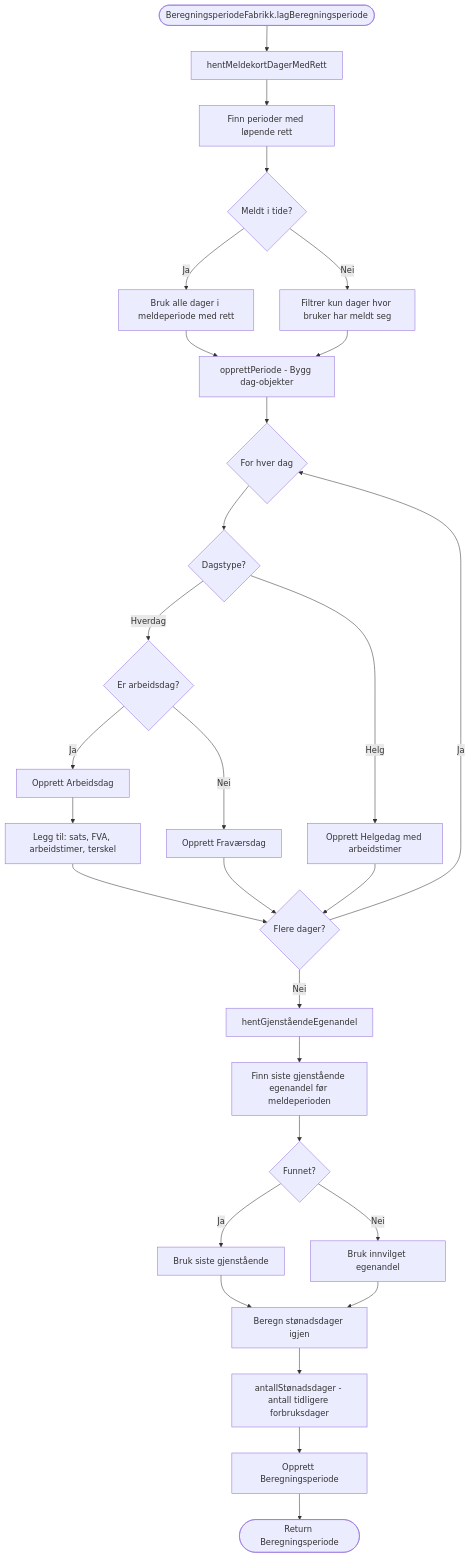
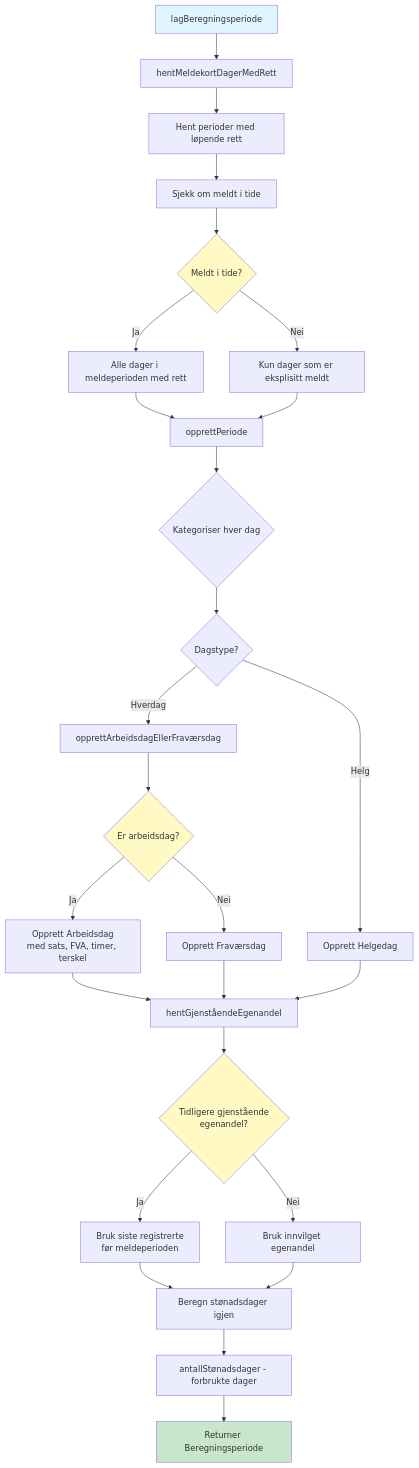
One commit to navikt/dp-behandling changed the third of 9 diagrams in docs/beregning-meldekort-flyt.md. Above: the diagram before and after it, drawn with Mermaid. The commit also changed other lines of this file and 1 other file, not shown here.

````diff
--- a/docs/beregning-meldekort-flyt.md
+++ b/docs/beregning-meldekort-flyt.md
@@ -35,42 +99,45 @@
 ```mermaid
 flowchart TD
-    Fabrikk([BeregningsperiodeFabrikk.lagBeregningsperiode]) --> HentDager[hentMeldekortDagerMedRett]
+    START[lagBeregningsperiode] --> A[hentMeldekortDagerMedRett]
     
-    HentDager --> FindRettPerioder[Finn perioder med løpende rett]
-    FindRettPerioder --> CheckMeldtITide{Meldt i tide?}
+    A --> A1[Hent perioder med løpende rett]
+    A1 --> A2[Sjekk om meldt i tide]
     
-    CheckMeldtITide -->|Ja| AlleDager[Bruk alle dager i meldeperiode med rett]
-    CheckMeldtITide -->|Nei| FilterMeldt[Filtrer kun dager hvor bruker har meldt seg]
+    A2 --> A3{Meldt i tide?}
+    A3 -->|Ja| A4[Alle dager i meldeperioden med rett]
+    A3 -->|Nei| A5[Kun dager som er eksplisitt meldt]
     
-    AlleDager --> OpprettPeriode
-    FilterMeldt --> OpprettPeriode[opprettPeriode - Bygg dag-objekter]
+    A4 --> B[opprettPeriode]
+    A5 --> B
     
-    OpprettPeriode --> LoopDager{For hver dag}
-    LoopDager --> CheckDagtype{Dagstype?}
+    B --> B1{Kategoriser hver dag}
     
-    CheckDagtype -->|Hverdag| CheckArbeidsdag{Er arbeidsdag?}
-    CheckDagtype -->|Helg| CreateHelgedag[Opprett Helgedag med arbeidstimer]
+    B1 --> B2{Dagstype?}
+    B2 -->|Hverdag| B3[opprettArbeidsdagEllerFraværsdag]
+    B2 -->|Helg| B4[Opprett Helgedag]
     
-    CheckArbeidsdag -->|Ja| CreateArbeidsdag[Opprett Arbeidsdag]
-    CheckArbeidsdag -->|Nei| CreateFravarsdag[Opprett Fraværsdag]
+    B3 --> B5{Er arbeidsdag?}
+    B5 -->|Ja| B6[Opprett Arbeidsdag<br/>med sats, FVA, timer, terskel]
+    B5 -->|Nei| B7[Opprett Fraværsdag]
     
-    CreateArbeidsdag --> AddDagData[Legg til: sats, FVA, arbeidstimer, terskel]
-    CreateFravarsdag --> NextDag
-    CreateHelgedag --> NextDag
-    AddDagData --> NextDag{Flere dager?}
+    B6 --> C
+    B7 --> C
+    B4 --> C
     
-    NextDag -->|Ja| LoopDager
-    NextDag -->|Nei| HentEgenandel[hentGjenståendeEgenandel]
+    C[hentGjenståendeEgenandel] --> C1{Tidligere gjenstående<br/>egenandel?}
+    C1 -->|Ja| C2[Bruk siste registrerte<br/>før meldeperioden]
+    C1 -->|Nei| C3[Bruk innvilget egenandel]
     
-    HentEgenandel --> FindLastEgenandel[Finn siste gjenstående egenandel før meldeperioden]
-    FindLastEgenandel --> EgenandelFound{Funnet?}
-    EgenandelFound -->|Ja| UseLastEgenandel[Bruk siste gjenstående]
-    EgenandelFound -->|Nei| UseInnvilget[Bruk innvilget egenandel]
+    C2 --> D
+    C3 --> D
     
-    UseLastEgenandel --> CalcStonadsdager
-    UseInnvilget --> CalcStonadsdager[Beregn stønadsdager igjen]
+    D[Beregn stønadsdager igjen] --> D1[antallStønadsdager - forbrukte dager]
     
-    CalcStonadsdager --> CountForbruk[antallStønadsdager - antall tidligere forbruksdager]
-    CountForbruk --> CreateBeregningsperiode[Opprett Beregningsperiode]
-    CreateBeregningsperiode --> ReturnPeriode([Return Beregningsperiode])
+    D1 --> E[Returner Beregningsperiode]
+    
+    style START fill:#e1f5ff
+    style E fill:#c8e6c9
+    style B5 fill:#fff9c4
+    style A3 fill:#fff9c4
+    style C1 fill:#fff9c4
 ```
````
